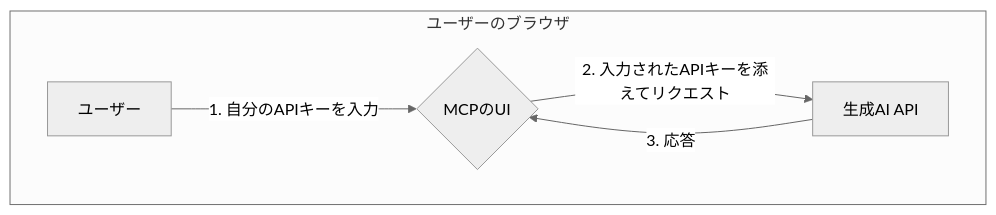
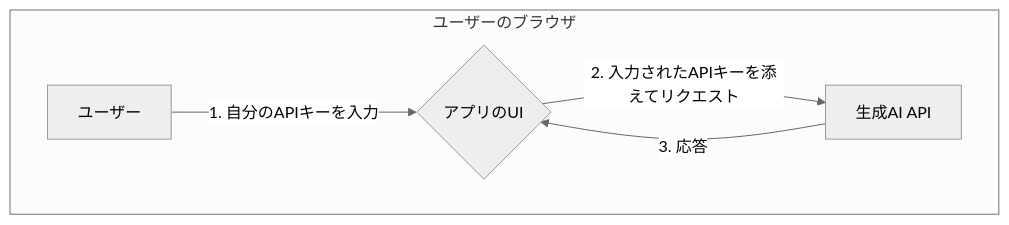
The second of 2 diagrams in docs/ai-llm/mcp-api-payment-model.md (tomomira/comparisons), drawn with Mermaid (neutral theme) before and after one commit. The commit also changed other lines of this file, not shown here.

````diff
--- a/docs/ai-llm/mcp-api-payment-model.md
+++ b/docs/ai-llm/mcp-api-payment-model.md
@@ -56,8 +82,8 @@
 ```mermaid
 graph TD
     subgraph "ユーザーのブラウザ"
-        A[ユーザー] -- 1. 自分のAPIキーを入力 --> B{MCPのUI}
+        A[ユーザー] -- 1. 自分のAPIキーを入力 --> B{アプリのUI}
         B -- 2. 入力されたAPIキーを添えてリクエスト --> D[生成AI API]
     end
     D -- 3. 応答 --> B
 ```
````
